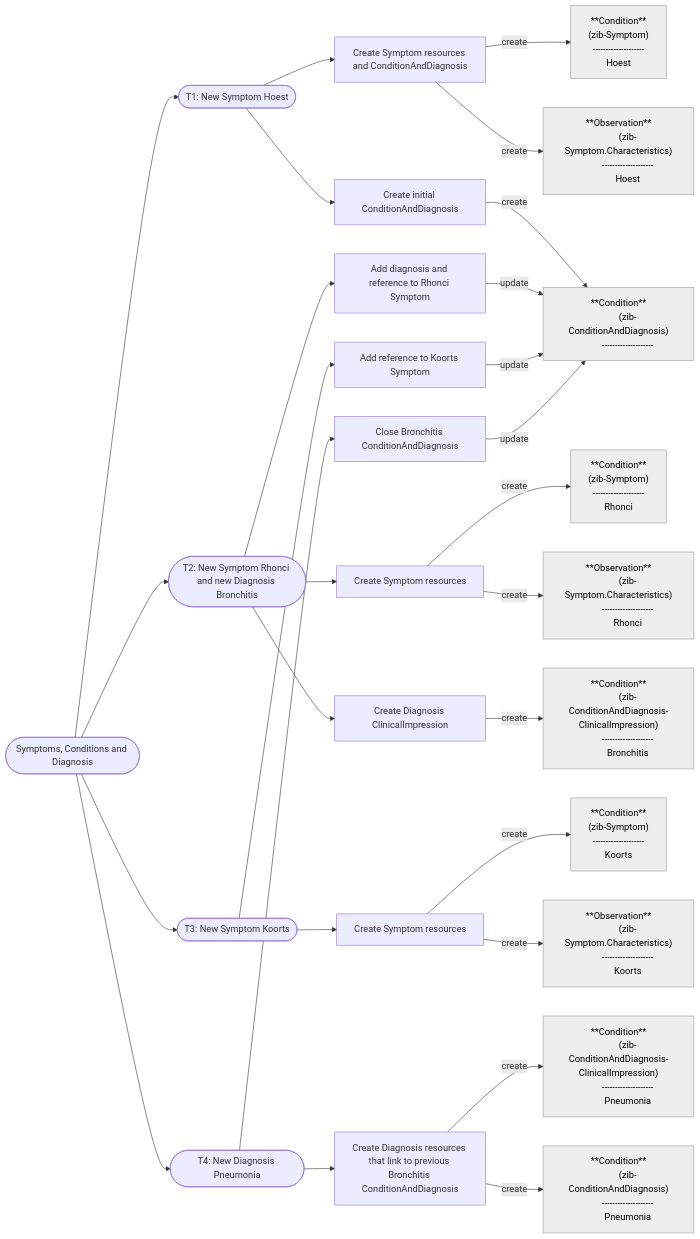
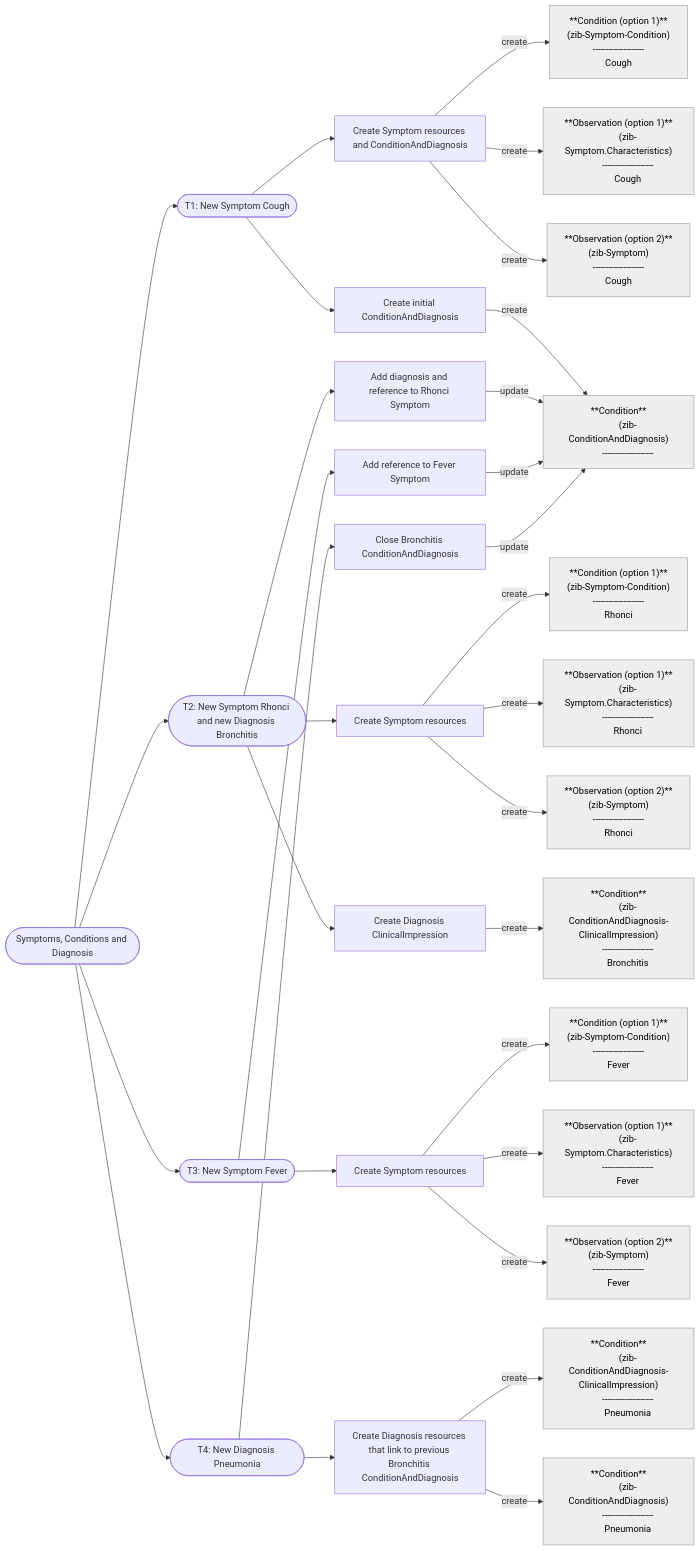
Before and after one commit to Nictiz/Nictiz-R4-zib2024: the fourth of 27 diagrams in documentation/Condition-Diagnosis-Symptom.md, drawn with Mermaid. The commit also changed other lines of this file, not shown here.

Commit message:
Added changes regarding symptom as an Observation

````diff
--- a/documentation/Condition-Diagnosis-Symptom.md
+++ b/documentation/Condition-Diagnosis-Symptom.md
@@ -208,69 +244,81 @@
 ```mermaid
 graph LR
-    T0(["Symptoms, Conditions and Diagnosis"]) --> T1(["T1: New Symptom Hoest"]) & T2(["T2: New Symptom Rhonci and new Diagnosis Bronchitis"]) & T3(["T3: New Symptom Koorts"]) & T4(["T4: New Diagnosis Pneumonia"])
-    T1 -->  Symptom_Hoest["Create Symptom resources and ConditionAndDiagnosis"] & Initial_CD["Create initial ConditionAndDiagnosis"]
+    T0(["Symptoms, Conditions and Diagnosis"]) --> T1(["T1: New Symptom Cough"]) & T2(["T2: New Symptom Rhonci and new Diagnosis Bronchitis"]) & T3(["T3: New Symptom Fever"]) & T4(["T4: New Diagnosis Pneumonia"])
+    T1 -->  Symptom_Cough["Create Symptom resources and ConditionAndDiagnosis"] & Initial_CD["Create initial ConditionAndDiagnosis"]
     T2 -->  Symptom_Rhonci["Create Symptom resources"] & Diagnosis_Bronchitis_CI["Create Diagnosis ClinicalImpression"] & Diagnosis_Bronchitis["Add diagnosis and reference to Rhonci Symptom"]
-    T3 -->  Symptom_Koorts["Create Symptom resources"] & Symptom_Koorts_Reference["Add reference to Koorts Symptom"]
+    T3 -->  Symptom_Fever["Create Symptom resources"] & Symptom_Fever_Reference["Add reference to Fever Symptom"]
     T4 -->  Diagnosis_Longontsteking["Create Diagnosis resources that link to previous Bronchitis ConditionAndDiagnosis"] & Close_Bronchitis["Close Bronchitis ConditionAndDiagnosis"]
 
-    Symptom_Hoest -- create --> 
-        S_Hoest["**Condition**
+    Symptom_Cough -- create --> 
+        S_Cough["**Condition (option 1)**
+        (zib-Symptom-Condition)
+        --------------------
+        Cough"] & SC_Cough["**Observation (option 1)**
+        (zib-Symptom.Characteristics)
+        --------------------
+        Cough"] & SO_Cough["**Observation (option 2)**
         (zib-Symptom)
         --------------------
-        Hoest"] & SC_Hoest["**Observation**
-        (zib-Symptom.Characteristics)
-        --------------------
-        Hoest"] 
+        Cough"] 
     Initial_CD -- create --> CD["**Condition**
         (zib-ConditionAndDiagnosis)
         --------------------"]
    
-    Symptom_Rhonci -- create --> S_Rhonci["**Condition**
+    Symptom_Rhonci -- create --> S_Rhonci["**Condition (option 1)**
+        (zib-Symptom-Condition)
+        --------------------
+        Rhonci"] & SC_Rhonci["**Observation (option 1)**
+        (zib-Symptom.Characteristics)
+        --------------------
+        Rhonci"] & SO_Rhonci["**Observation (option 2)**
         (zib-Symptom)
         --------------------
-        Rhonci"] & SC_Rhonci["**Observation**
-        (zib-Symptom.Characteristics)
-        --------------------
-        Rhonci"]
+        Rhonci"] 
 
     
     Diagnosis_Bronchitis_CI -- create --> CDCI_Bronchitis["**Condition**
         (zib-ConditionAndDiagnosis-ClinicalImpression)
         --------------------
         Bronchitis"]
     Diagnosis_Bronchitis -- update --> CD
 
 
 
-    Symptom_Koorts -- create --> S_Koorts["**Condition**
+    Symptom_Fever -- create --> S_Fever["**Condition (option 1)**
+        (zib-Symptom-Condition)
+        --------------------
+        Fever"] & SC_Fever["**Observation (option 1)**
+        (zib-Symptom.Characteristics)
+        --------------------
+        Fever"] & SO_Fever["**Observation (option 2)**
         (zib-Symptom)
         --------------------
-        Koorts"] & SC_Koorts["**Observation**
-        (zib-Symptom.Characteristics)
-        --------------------
-        Koorts"]
+        Fever"] 
 
-    Symptom_Koorts_Reference -- update --> CD
+    Symptom_Fever_Reference -- update --> CD
     
     Diagnosis_Longontsteking -- create --> CDCI_Pneumonia["**Condition**
         (zib-ConditionAndDiagnosis-ClinicalImpression)
         --------------------
         Pneumonia"] & CD_Pneumonia["**Condition**
         (zib-ConditionAndDiagnosis)
         --------------------
         Pneumonia"]
         Close_Bronchitis -- update --> CD
 
-     S_Hoest:::Ash
-     SC_Hoest:::Ash
+     S_Cough:::Ash
+     SC_Cough:::Ash
+     SO_Cough:::Ash
      CD:::Ash
      S_Rhonci:::Ash
      SC_Rhonci:::Ash
+     SO_Rhonci:::Ash
      CDCI_Bronchitis:::Ash
-     S_Koorts:::Ash
-     SC_Koorts:::Ash
+     S_Fever:::Ash
+     SC_Fever:::Ash
+     SO_Fever:::Ash
      CD_Pneumonia:::Ash
      CDCI_Pneumonia:::Ash
     classDef Ash stroke-width:1px, stroke-dasharray:none, stroke:#999999, fill:#EEEEEE, color:#000000
 
 ```
````
